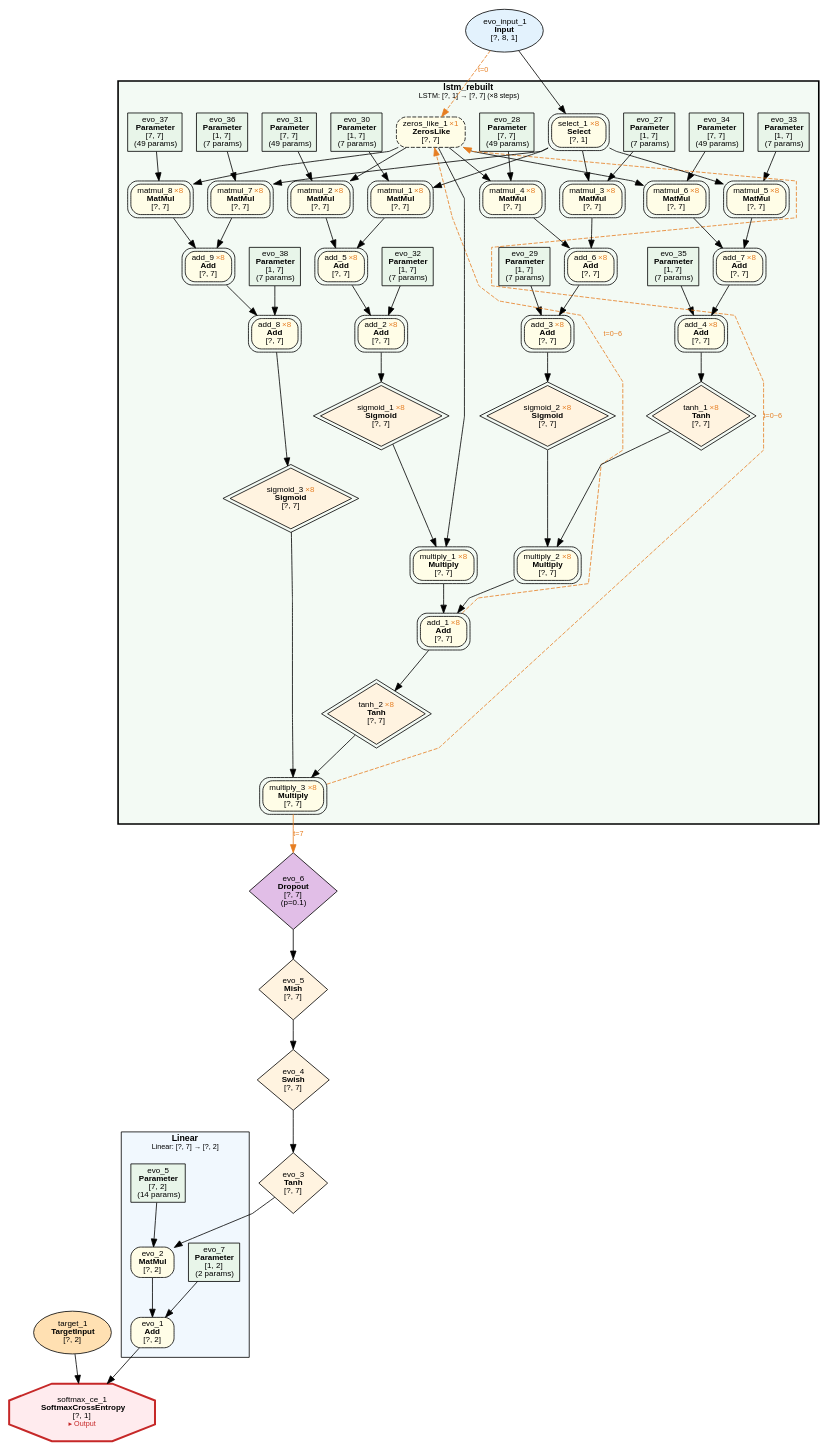
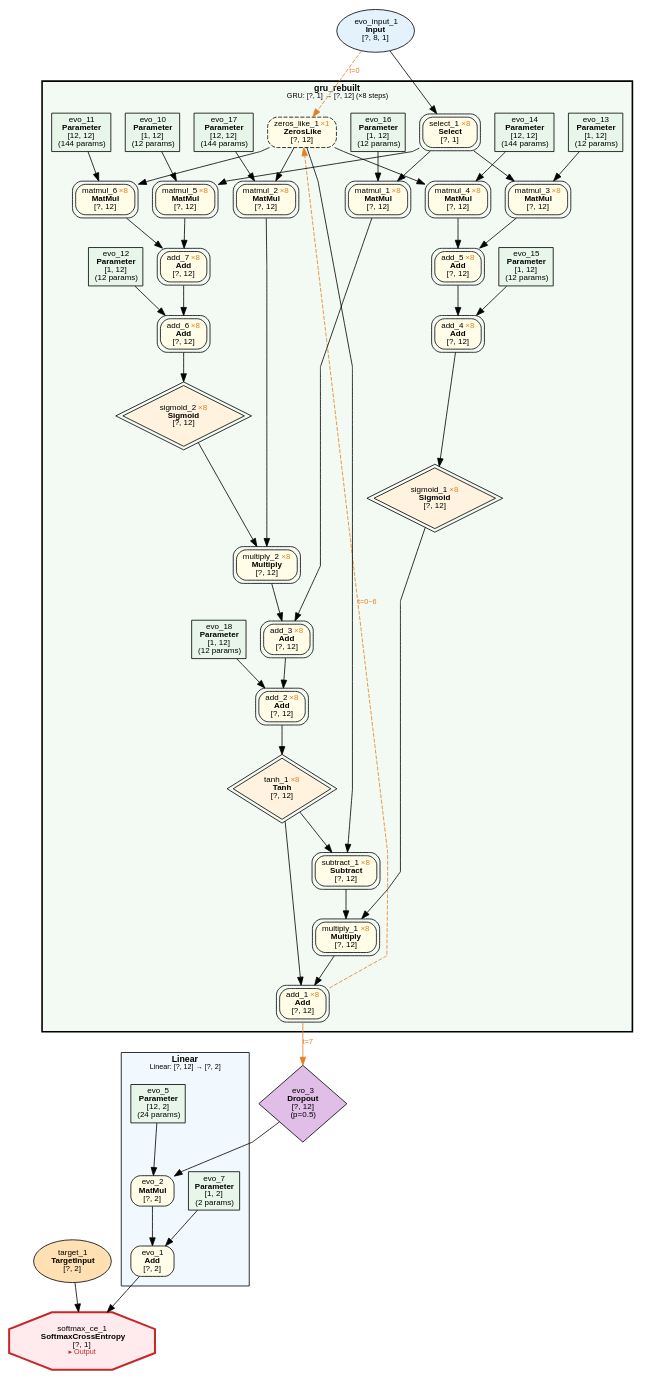
One commit to dbsxdbsx/only_torch changed the diagram in examples/evolution/parity_seq/evolution_parity_seq.dot. Above: the diagram before and after it, drawn with Graphviz. The commit also changed 31 other files, not shown here.

```diff
--- a/examples/evolution/parity_seq/evolution_parity_seq.dot
+++ b/examples/evolution/parity_seq/evolution_parity_seq.dot
@@ -6,7 +6,7 @@
     edge [fontname="Microsoft YaHei,SimHei,Arial"];
 
     subgraph cluster_group_linear_1 {
-        label=<<B>Linear</B><BR/><FONT POINT-SIZE="9">Linear: [?, 7] → [?, 2]</FONT>>;
+        label=<<B>Linear</B><BR/><FONT POINT-SIZE="9">Linear: [?, 12] → [?, 2]</FONT>>;
         style=filled;
         fillcolor="#E3F2FD80";
         fontname="Microsoft YaHei,SimHei,Arial";
@@ -15,11 +15,11 @@
             "2" [label=<evo_1<BR/><B>Add</B><BR/>[?, 2]> shape=box style="filled,rounded" fillcolor="#FFFDE7" fontsize=10];
             "4" [label=<evo_2<BR/><B>MatMul</B><BR/>[?, 2]> shape=box style="filled,rounded" fillcolor="#FFFDE7" fontsize=10];
             "5" [label=<evo_7<BR/><B>Parameter</B><BR/>[1, 2]<BR/>(2 params)> shape=box style=filled fillcolor="#E8F5E9" fontsize=10];
-            "7" [label=<evo_5<BR/><B>Parameter</B><BR/>[7, 2]<BR/>(14 params)> shape=box style=filled fillcolor="#E8F5E9" fontsize=10];
+            "7" [label=<evo_5<BR/><B>Parameter</B><BR/>[12, 2]<BR/>(24 params)> shape=box style=filled fillcolor="#E8F5E9" fontsize=10];
     }
 
-    subgraph cluster_group_lstm_0 {
-        label=<<B>lstm_rebuilt</B><BR/><FONT POINT-SIZE="9">LSTM: [?, 1] → [?, 7] (×8 steps)</FONT>>;
+    subgraph cluster_group_gru_0 {
+        label=<<B>gru_rebuilt</B><BR/><FONT POINT-SIZE="9">GRU: [?, 1] → [?, 12] (×8 steps)</FONT>>;
         style="filled,bold";
         peripheries=3;
         penwidth=2;
@@ -27,54 +27,42 @@
         fontname="Microsoft YaHei,SimHei,Arial";
         fontsize=11;
         margin=12;
-            "11" [label=<evo_38<BR/><B>Parameter</B><BR/>[1, 7]<BR/>(7 params)> shape=box style=filled fillcolor="#E8F5E9" fontsize=10];
-            "12" [label=<evo_36<BR/><B>Parameter</B><BR/>[1, 7]<BR/>(7 params)> shape=box style=filled fillcolor="#E8F5E9" fontsize=10];
-            "13" [label=<evo_37<BR/><B>Parameter</B><BR/>[7, 7]<BR/>(49 params)> shape=box style=filled fillcolor="#E8F5E9" fontsize=10];
-            "15" [label=<evo_32<BR/><B>Parameter</B><BR/>[1, 7]<BR/>(7 params)> shape=box style=filled fillcolor="#E8F5E9" fontsize=10];
-            "16" [label=<evo_29<BR/><B>Parameter</B><BR/>[1, 7]<BR/>(7 params)> shape=box style=filled fillcolor="#E8F5E9" fontsize=10];
-            "17" [label=<evo_35<BR/><B>Parameter</B><BR/>[1, 7]<BR/>(7 params)> shape=box style=filled fillcolor="#E8F5E9" fontsize=10];
-            "18" [label=<evo_30<BR/><B>Parameter</B><BR/>[1, 7]<BR/>(7 params)> shape=box style=filled fillcolor="#E8F5E9" fontsize=10];
-            "19" [label=<evo_31<BR/><B>Parameter</B><BR/>[7, 7]<BR/>(49 params)> shape=box style=filled fillcolor="#E8F5E9" fontsize=10];
-            "20" [label=<evo_27<BR/><B>Parameter</B><BR/>[1, 7]<BR/>(7 params)> shape=box style=filled fillcolor="#E8F5E9" fontsize=10];
-            "21" [label=<evo_28<BR/><B>Parameter</B><BR/>[7, 7]<BR/>(49 params)> shape=box style=filled fillcolor="#E8F5E9" fontsize=10];
-            "22" [label=<evo_33<BR/><B>Parameter</B><BR/>[1, 7]<BR/>(7 params)> shape=box style=filled fillcolor="#E8F5E9" fontsize=10];
-            "23" [label=<evo_34<BR/><B>Parameter</B><BR/>[7, 7]<BR/>(49 params)> shape=box style=filled fillcolor="#E8F5E9" fontsize=10];
-            "24" [label=<add_1 <FONT COLOR="#E67E22">×8</FONT><BR/><B>Add</B><BR/>[?, 7]> shape=box style="filled,rounded" fillcolor="#FFFDE7" fontsize=10 peripheries=2];
-            "25" [label=<multiply_1 <FONT COLOR="#E67E22">×8</FONT><BR/><B>Multiply</B><BR/>[?, 7]> shape=box style="filled,rounded" fillcolor="#FFFDE7" fontsize=10 peripheries=2];
-            "26" [label=<multiply_2 <FONT COLOR="#E67E22">×8</FONT><BR/><B>Multiply</B><BR/>[?, 7]> shape=box style="filled,rounded" fillcolor="#FFFDE7" fontsize=10 peripheries=2];
-            "27" [label=<sigmoid_1 <FONT COLOR="#E67E22">×8</FONT><BR/><B>Sigmoid</B><BR/>[?, 7]> shape=diamond style=filled fillcolor="#FFF3E0" fontsize=10 peripheries=2];
-            "28" [label=<zeros_like_1 <FONT COLOR="#E67E22">×1</FONT><BR/><B>ZerosLike</B><BR/>[?, 7]> shape=box style="filled,rounded,dashed" fillcolor="#FFFDE7" fontsize=10];
-            "29" [label=<sigmoid_2 <FONT COLOR="#E67E22">×8</FONT><BR/><B>Sigmoid</B><BR/>[?, 7]> shape=diamond style=filled fillcolor="#FFF3E0" fontsize=10 peripheries=2];
-            "30" [label=<tanh_1 <FONT COLOR="#E67E22">×8</FONT><BR/><B>Tanh</B><BR/>[?, 7]> shape=diamond style=filled fillcolor="#FFF3E0" fontsize=10 peripheries=2];
-            "31" [label=<add_2 <FONT COLOR="#E67E22">×8</FONT><BR/><B>Add</B><BR/>[?, 7]> shape=box style="filled,rounded" fillcolor="#FFFDE7" fontsize=10 peripheries=2];
-            "32" [label=<add_3 <FONT COLOR="#E67E22">×8</FONT><BR/><B>Add</B><BR/>[?, 7]> shape=box style="filled,rounded" fillcolor="#FFFDE7" fontsize=10 peripheries=2];
-            "33" [label=<add_4 <FONT COLOR="#E67E22">×8</FONT><BR/><B>Add</B><BR/>[?, 7]> shape=box style="filled,rounded" fillcolor="#FFFDE7" fontsize=10 peripheries=2];
-            "34" [label=<multiply_3 <FONT COLOR="#E67E22">×8</FONT><BR/><B>Multiply</B><BR/>[?, 7]> shape=box style="filled,rounded" fillcolor="#FFFDE7" fontsize=10 peripheries=2];
-            "35" [label=<add_5 <FONT COLOR="#E67E22">×8</FONT><BR/><B>Add</B><BR/>[?, 7]> shape=box style="filled,rounded" fillcolor="#FFFDE7" fontsize=10 peripheries=2];
-            "36" [label=<add_6 <FONT COLOR="#E67E22">×8</FONT><BR/><B>Add</B><BR/>[?, 7]> shape=box style="filled,rounded" fillcolor="#FFFDE7" fontsize=10 peripheries=2];
-            "37" [label=<add_7 <FONT COLOR="#E67E22">×8</FONT><BR/><B>Add</B><BR/>[?, 7]> shape=box style="filled,rounded" fillcolor="#FFFDE7" fontsize=10 peripheries=2];
-            "38" [label=<sigmoid_3 <FONT COLOR="#E67E22">×8</FONT><BR/><B>Sigmoid</B><BR/>[?, 7]> shape=diamond style=filled fillcolor="#FFF3E0" fontsize=10 peripheries=2];
-            "39" [label=<tanh_2 <FONT COLOR="#E67E22">×8</FONT><BR/><B>Tanh</B><BR/>[?, 7]> shape=diamond style=filled fillcolor="#FFF3E0" fontsize=10 peripheries=2];
-            "40" [label=<matmul_1 <FONT COLOR="#E67E22">×8</FONT><BR/><B>MatMul</B><BR/>[?, 7]> shape=box style="filled,rounded" fillcolor="#FFFDE7" fontsize=10 peripheries=2];
-            "41" [label=<matmul_2 <FONT COLOR="#E67E22">×8</FONT><BR/><B>MatMul</B><BR/>[?, 7]> shape=box style="filled,rounded" fillcolor="#FFFDE7" fontsize=10 peripheries=2];
-            "42" [label=<matmul_3 <FONT COLOR="#E67E22">×8</FONT><BR/><B>MatMul</B><BR/>[?, 7]> shape=box style="filled,rounded" fillcolor="#FFFDE7" fontsize=10 peripheries=2];
-            "43" [label=<matmul_4 <FONT COLOR="#E67E22">×8</FONT><BR/><B>MatMul</B><BR/>[?, 7]> shape=box style="filled,rounded" fillcolor="#FFFDE7" fontsize=10 peripheries=2];
-            "44" [label=<matmul_5 <FONT COLOR="#E67E22">×8</FONT><BR/><B>MatMul</B><BR/>[?, 7]> shape=box style="filled,rounded" fillcolor="#FFFDE7" fontsize=10 peripheries=2];
-            "45" [label=<matmul_6 <FONT COLOR="#E67E22">×8</FONT><BR/><B>MatMul</B><BR/>[?, 7]> shape=box style="filled,rounded" fillcolor="#FFFDE7" fontsize=10 peripheries=2];
-            "46" [label=<add_8 <FONT COLOR="#E67E22">×8</FONT><BR/><B>Add</B><BR/>[?, 7]> shape=box style="filled,rounded" fillcolor="#FFFDE7" fontsize=10 peripheries=2];
-            "47" [label=<select_1 <FONT COLOR="#E67E22">×8</FONT><BR/><B>Select</B><BR/>[?, 1]> shape=box style="filled,rounded" fillcolor="#FFFDE7" fontsize=10 peripheries=2];
-            "48" [label=<add_9 <FONT COLOR="#E67E22">×8</FONT><BR/><B>Add</B><BR/>[?, 7]> shape=box style="filled,rounded" fillcolor="#FFFDE7" fontsize=10 peripheries=2];
-            "49" [label=<matmul_7 <FONT COLOR="#E67E22">×8</FONT><BR/><B>MatMul</B><BR/>[?, 7]> shape=box style="filled,rounded" fillcolor="#FFFDE7" fontsize=10 peripheries=2];
-            "50" [label=<matmul_8 <FONT COLOR="#E67E22">×8</FONT><BR/><B>MatMul</B><BR/>[?, 7]> shape=box style="filled,rounded" fillcolor="#FFFDE7" fontsize=10 peripheries=2];
+            "8" [label=<evo_18<BR/><B>Parameter</B><BR/>[1, 12]<BR/>(12 params)> shape=box style=filled fillcolor="#E8F5E9" fontsize=10];
+            "9" [label=<evo_15<BR/><B>Parameter</B><BR/>[1, 12]<BR/>(12 params)> shape=box style=filled fillcolor="#E8F5E9" fontsize=10];
+            "10" [label=<evo_16<BR/><B>Parameter</B><BR/>[1, 12]<BR/>(12 params)> shape=box style=filled fillcolor="#E8F5E9" fontsize=10];
+            "12" [label=<evo_17<BR/><B>Parameter</B><BR/>[12, 12]<BR/>(144 params)> shape=box style=filled fillcolor="#E8F5E9" fontsize=10];
+            "13" [label=<evo_13<BR/><B>Parameter</B><BR/>[1, 12]<BR/>(12 params)> shape=box style=filled fillcolor="#E8F5E9" fontsize=10];
+            "14" [label=<evo_14<BR/><B>Parameter</B><BR/>[12, 12]<BR/>(144 params)> shape=box style=filled fillcolor="#E8F5E9" fontsize=10];
+            "15" [label=<evo_12<BR/><B>Parameter</B><BR/>[1, 12]<BR/>(12 params)> shape=box style=filled fillcolor="#E8F5E9" fontsize=10];
+            "16" [label=<evo_10<BR/><B>Parameter</B><BR/>[1, 12]<BR/>(12 params)> shape=box style=filled fillcolor="#E8F5E9" fontsize=10];
+            "17" [label=<evo_11<BR/><B>Parameter</B><BR/>[12, 12]<BR/>(144 params)> shape=box style=filled fillcolor="#E8F5E9" fontsize=10];
+            "18" [label=<add_1 <FONT COLOR="#E67E22">×8</FONT><BR/><B>Add</B><BR/>[?, 12]> shape=box style="filled,rounded" fillcolor="#FFFDE7" fontsize=10 peripheries=2];
+            "19" [label=<tanh_1 <FONT COLOR="#E67E22">×8</FONT><BR/><B>Tanh</B><BR/>[?, 12]> shape=diamond style=filled fillcolor="#FFF3E0" fontsize=10 peripheries=2];
+            "20" [label=<multiply_1 <FONT COLOR="#E67E22">×8</FONT><BR/><B>Multiply</B><BR/>[?, 12]> shape=box style="filled,rounded" fillcolor="#FFFDE7" fontsize=10 peripheries=2];
+            "21" [label=<add_2 <FONT COLOR="#E67E22">×8</FONT><BR/><B>Add</B><BR/>[?, 12]> shape=box style="filled,rounded" fillcolor="#FFFDE7" fontsize=10 peripheries=2];
+            "22" [label=<sigmoid_1 <FONT COLOR="#E67E22">×8</FONT><BR/><B>Sigmoid</B><BR/>[?, 12]> shape=diamond style=filled fillcolor="#FFF3E0" fontsize=10 peripheries=2];
+            "23" [label=<subtract_1 <FONT COLOR="#E67E22">×8</FONT><BR/><B>Subtract</B><BR/>[?, 12]> shape=box style="filled,rounded" fillcolor="#FFFDE7" fontsize=10 peripheries=2];
+            "24" [label=<add_3 <FONT COLOR="#E67E22">×8</FONT><BR/><B>Add</B><BR/>[?, 12]> shape=box style="filled,rounded" fillcolor="#FFFDE7" fontsize=10 peripheries=2];
+            "25" [label=<add_4 <FONT COLOR="#E67E22">×8</FONT><BR/><B>Add</B><BR/>[?, 12]> shape=box style="filled,rounded" fillcolor="#FFFDE7" fontsize=10 peripheries=2];
+            "26" [label=<zeros_like_1 <FONT COLOR="#E67E22">×1</FONT><BR/><B>ZerosLike</B><BR/>[?, 12]> shape=box style="filled,rounded,dashed" fillcolor="#FFFDE7" fontsize=10];
+            "27" [label=<matmul_1 <FONT COLOR="#E67E22">×8</FONT><BR/><B>MatMul</B><BR/>[?, 12]> shape=box style="filled,rounded" fillcolor="#FFFDE7" fontsize=10 peripheries=2];
+            "28" [label=<multiply_2 <FONT COLOR="#E67E22">×8</FONT><BR/><B>Multiply</B><BR/>[?, 12]> shape=box style="filled,rounded" fillcolor="#FFFDE7" fontsize=10 peripheries=2];
+            "29" [label=<add_5 <FONT COLOR="#E67E22">×8</FONT><BR/><B>Add</B><BR/>[?, 12]> shape=box style="filled,rounded" fillcolor="#FFFDE7" fontsize=10 peripheries=2];
+            "30" [label=<select_1 <FONT COLOR="#E67E22">×8</FONT><BR/><B>Select</B><BR/>[?, 1]> shape=box style="filled,rounded" fillcolor="#FFFDE7" fontsize=10 peripheries=2];
+            "31" [label=<sigmoid_2 <FONT COLOR="#E67E22">×8</FONT><BR/><B>Sigmoid</B><BR/>[?, 12]> shape=diamond style=filled fillcolor="#FFF3E0" fontsize=10 peripheries=2];
+            "32" [label=<matmul_2 <FONT COLOR="#E67E22">×8</FONT><BR/><B>MatMul</B><BR/>[?, 12]> shape=box style="filled,rounded" fillcolor="#FFFDE7" fontsize=10 peripheries=2];
+            "33" [label=<matmul_3 <FONT COLOR="#E67E22">×8</FONT><BR/><B>MatMul</B><BR/>[?, 12]> shape=box style="filled,rounded" fillcolor="#FFFDE7" fontsize=10 peripheries=2];
+            "34" [label=<matmul_4 <FONT COLOR="#E67E22">×8</FONT><BR/><B>MatMul</B><BR/>[?, 12]> shape=box style="filled,rounded" fillcolor="#FFFDE7" fontsize=10 peripheries=2];
+            "35" [label=<add_6 <FONT COLOR="#E67E22">×8</FONT><BR/><B>Add</B><BR/>[?, 12]> shape=box style="filled,rounded" fillcolor="#FFFDE7" fontsize=10 peripheries=2];
+            "36" [label=<add_7 <FONT COLOR="#E67E22">×8</FONT><BR/><B>Add</B><BR/>[?, 12]> shape=box style="filled,rounded" fillcolor="#FFFDE7" fontsize=10 peripheries=2];
+            "37" [label=<matmul_5 <FONT COLOR="#E67E22">×8</FONT><BR/><B>MatMul</B><BR/>[?, 12]> shape=box style="filled,rounded" fillcolor="#FFFDE7" fontsize=10 peripheries=2];
+            "38" [label=<matmul_6 <FONT COLOR="#E67E22">×8</FONT><BR/><B>MatMul</B><BR/>[?, 12]> shape=box style="filled,rounded" fillcolor="#FFFDE7" fontsize=10 peripheries=2];
     }
 
     "1" [label=<softmax_ce_1<BR/><B>SoftmaxCrossEntropy</B><BR/>[?, 1]<BR/><FONT COLOR="#C62828" POINT-SIZE="9">▸ Output</FONT>> shape=octagon style=filled fillcolor="#FFEBEE" fontsize=10 penwidth=2.5 color="#C62828"];
     "3" [label=<target_1<BR/><B>TargetInput</B><BR/>[?, 2]> shape=ellipse style=filled fillcolor="#FFE0B2" fontsize=10];
-    "6" [label=<evo_3<BR/><B>Tanh</B><BR/>[?, 7]> shape=diamond style=filled fillcolor="#FFF3E0" fontsize=10];
-    "8" [label=<evo_4<BR/><B>Swish</B><BR/>[?, 7]> shape=diamond style=filled fillcolor="#FFF3E0" fontsize=10];
-    "9" [label=<evo_5<BR/><B>Mish</B><BR/>[?, 7]> shape=diamond style=filled fillcolor="#FFF3E0" fontsize=10];
-    "10" [label=<evo_6<BR/><B>Dropout</B><BR/>[?, 7]<BR/>(p=0.1)> shape=diamond style=filled fillcolor="#E1BEE7" fontsize=10];
-    "14" [label=<evo_input_1<BR/><B>Input</B><BR/>[?, 8, 1]> shape=ellipse style=filled fillcolor="#E3F2FD" fontsize=10];
+    "6" [label=<evo_3<BR/><B>Dropout</B><BR/>[?, 12]<BR/>(p=0.5)> shape=diamond style=filled fillcolor="#E1BEE7" fontsize=10];
+    "11" [label=<evo_input_1<BR/><B>Input</B><BR/>[?, 8, 1]> shape=ellipse style=filled fillcolor="#E3F2FD" fontsize=10];
 
     "2" -> "1";
     "3" -> "1";
@@ -82,57 +70,43 @@
     "5" -> "2";
     "6" -> "4";
     "7" -> "4";
-    "8" -> "6";
-    "9" -> "8";
-    "10" -> "9";
-    "34" -> "10" [ color="#E67E22" label=<t=7> fontcolor="#E67E22" fontsize=9];
-    "25" -> "24";
-    "26" -> "24";
-    "27" -> "25";
-    "28" -> "25";
-    "29" -> "26";
-    "30" -> "26";
-    "31" -> "27";
-    "14" -> "28" [ style=dashed color="#E67E22" label=<t=0> fontcolor="#E67E22" fontsize=9];
-    "32" -> "29";
-    "33" -> "30";
+    "18" -> "6" [ color="#E67E22" label=<t=7> fontcolor="#E67E22" fontsize=9];
+    "19" -> "18";
+    "20" -> "18";
+    "21" -> "19";
+    "22" -> "20";
+    "23" -> "20";
+    "24" -> "21";
+    "8" -> "21";
+    "25" -> "22";
+    "26" -> "23";
+    "19" -> "23";
+    "27" -> "24";
+    "28" -> "24";
+    "29" -> "25";
+    "9" -> "25";
+    "11" -> "26" [ style=dashed color="#E67E22" label=<t=0> fontcolor="#E67E22" fontsize=9];
+    "30" -> "27";
+    "10" -> "27";
+    "31" -> "28";
+    "32" -> "28";
+    "33" -> "29";
+    "34" -> "29";
+    "11" -> "30";
     "35" -> "31";
-    "15" -> "31";
-    "36" -> "32";
-    "16" -> "32";
-    "37" -> "33";
-    "17" -> "33";
-    "38" -> "34";
-    "39" -> "34";
-    "40" -> "35";
-    "41" -> "35";
-    "42" -> "36";
-    "43" -> "36";
-    "44" -> "37";
-    "45" -> "37";
-    "46" -> "38";
-    "24" -> "39";
-    "47" -> "40";
-    "18" -> "40";
-    "28" -> "41";
-    "19" -> "41";
-    "47" -> "42";
-    "20" -> "42";
-    "28" -> "43";
-    "21" -> "43";
-    "47" -> "44";
-    "22" -> "44";
-    "28" -> "45";
-    "23" -> "45";
-    "48" -> "46";
-    "11" -> "46";
-    "14" -> "47";
-    "49" -> "48";
-    "50" -> "48";
-    "47" -> "49";
-    "12" -> "49";
-    "28" -> "50";
-    "13" -> "50";
-    "34" -> "28" [style=dashed color="#E67E22" label=<t=0~6> fontcolor="#E67E22" fontsize=9 constraint=false];
-    "24" -> "28" [style=dashed color="#E67E22" label=<t=0~6> fontcolor="#E67E22" fontsize=9 constraint=false];
+    "26" -> "32";
+    "12" -> "32";
+    "30" -> "33";
+    "13" -> "33";
+    "26" -> "34";
+    "14" -> "34";
+    "36" -> "35";
+    "15" -> "35";
+    "37" -> "36";
+    "38" -> "36";
+    "30" -> "37";
+    "16" -> "37";
+    "26" -> "38";
+    "17" -> "38";
+    "18" -> "26" [style=dashed color="#E67E22" label=<t=0~6> fontcolor="#E67E22" fontsize=9 constraint=false];
 }
```
